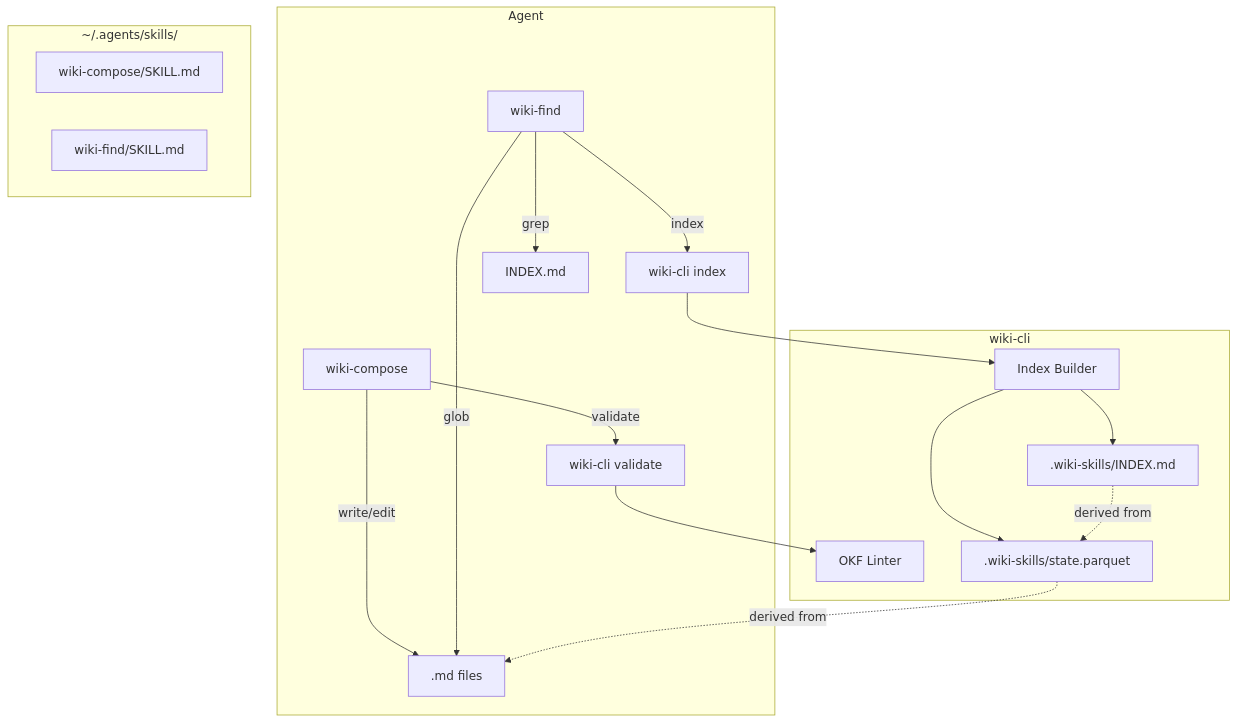
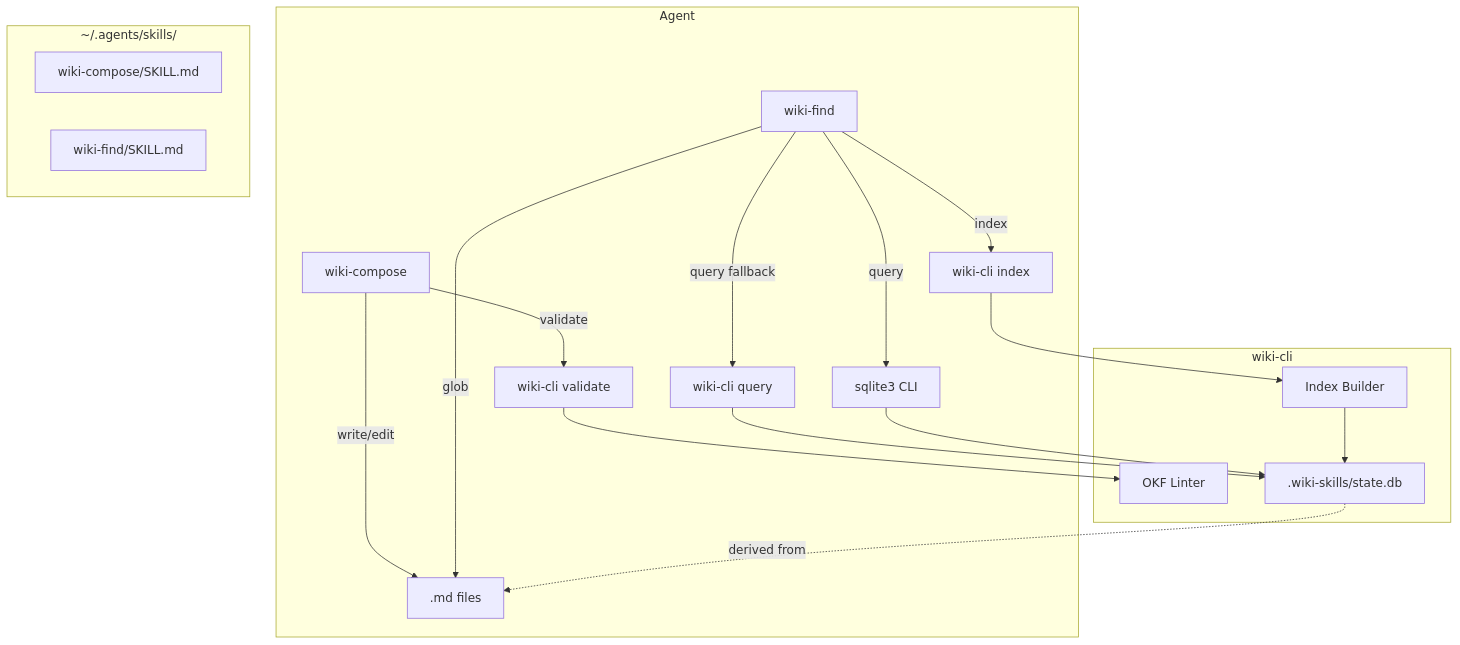
One commit to ChenchaoZhao/wiki-skills changed the first of 2 diagrams in planning/design.md. Above: the diagram before and after it, drawn with Mermaid. The commit also changed other lines of this file and 1 other file, not shown here.

First line of the commit message:
refactor: switch state from parquet to SQLite, use content hashing for incremental rebuild

````diff
--- a/planning/design.md
+++ b/planning/design.md
@@ -50,25 +50,26 @@
 ```mermaid
 flowchart TD
     subgraph Agent
         A[wiki-compose] -->|write/edit| B[.md files]
         A -->|validate| C[wiki-cli validate]
         D[wiki-find] -->|index| E[wiki-cli index]
-        D -->|grep| F[INDEX.md]
+        D -->|query| F[sqlite3 CLI]
+        D -->|query fallback| G[wiki-cli query]
         D -->|glob| B
     end
 
     subgraph CLI ["wiki-cli"]
-        C --> G[OKF Linter]
-        E --> H[Index Builder]
-        H --> I[.wiki-skills/state.parquet]
-        H --> J[.wiki-skills/INDEX.md]
+        C --> H[OKF Linter]
+        E --> I[Index Builder]
+        I --> J[.wiki-skills/state.db]
+        G --> J
     end
 
     subgraph Skills ["~/.agents/skills/"]
         K[wiki-compose/SKILL.md]
         L[wiki-find/SKILL.md]
     end
 
-    I -.->|derived from| B
-    J -.->|derived from| I
+    J -.->|derived from| B
+    F --> J
 ```
````
